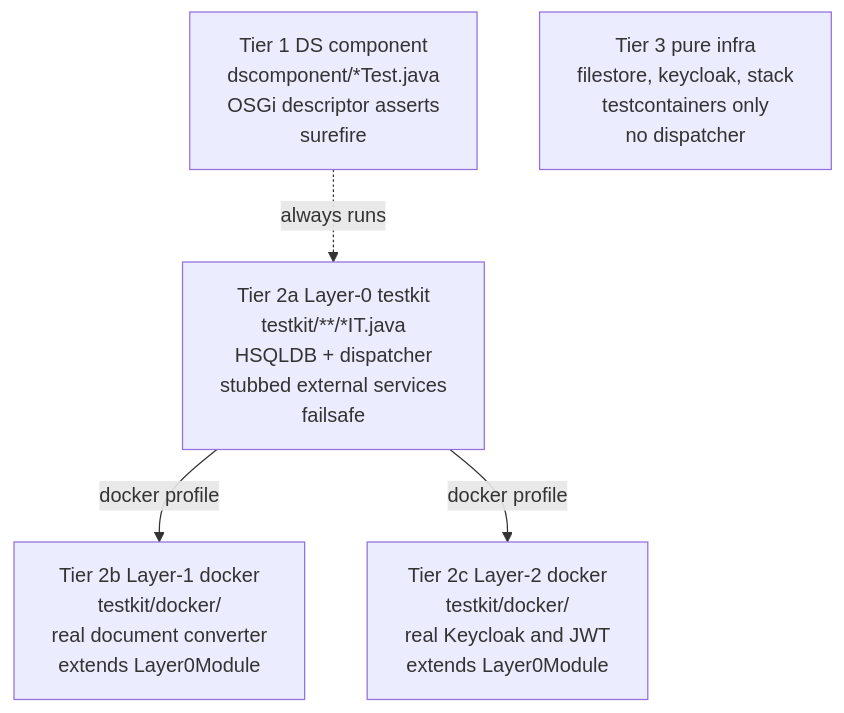
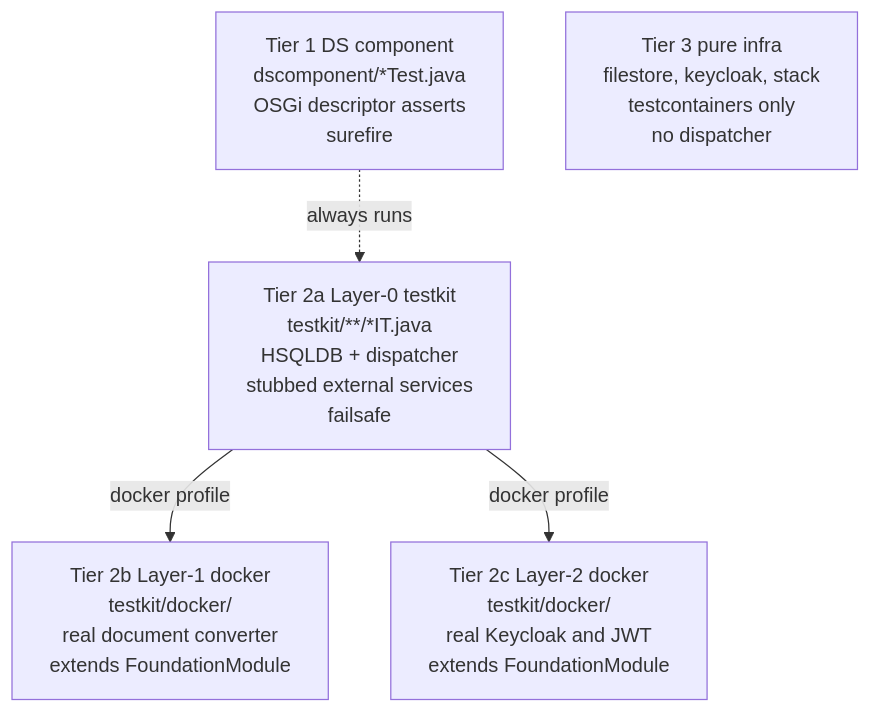
One commit to BlackBeltTechnology/judo-blueprint changed the diagram in catalog/model-blueprints/testkit-integration-foundation/BLUEPRINT.md. Above: the diagram before and after it, drawn with Mermaid. The commit also changed other lines of this file and 538 other files, not shown here.

````diff
--- a/catalog/model-blueprints/testkit-integration-foundation/BLUEPRINT.md
+++ b/catalog/model-blueprints/testkit-integration-foundation/BLUEPRINT.md
@@ -25,11 +25,11 @@
 ```mermaid
 graph TB
     DS["Tier 1 DS component<br/>dscomponent/*Test.java<br/>OSGi descriptor asserts<br/>surefire"]
     L0["Tier 2a Layer-0 testkit<br/>testkit/**/*IT.java<br/>HSQLDB + dispatcher<br/>stubbed external services<br/>failsafe"]
-    L1["Tier 2b Layer-1 docker<br/>testkit/docker/<br/>real document converter<br/>extends Layer0Module"]
-    L2["Tier 2c Layer-2 docker<br/>testkit/docker/<br/>real Keycloak and JWT<br/>extends Layer0Module"]
+    L1["Tier 2b Layer-1 docker<br/>testkit/docker/<br/>real document converter<br/>extends FoundationModule"]
+    L2["Tier 2c Layer-2 docker<br/>testkit/docker/<br/>real Keycloak and JWT<br/>extends FoundationModule"]
     INFRA["Tier 3 pure infra<br/>filestore, keycloak, stack<br/>testcontainers only<br/>no dispatcher"]
     L0 -->|"docker profile"| L1
     L0 -->|"docker profile"| L2
     DS -.->|always runs| L0
 ```
````
